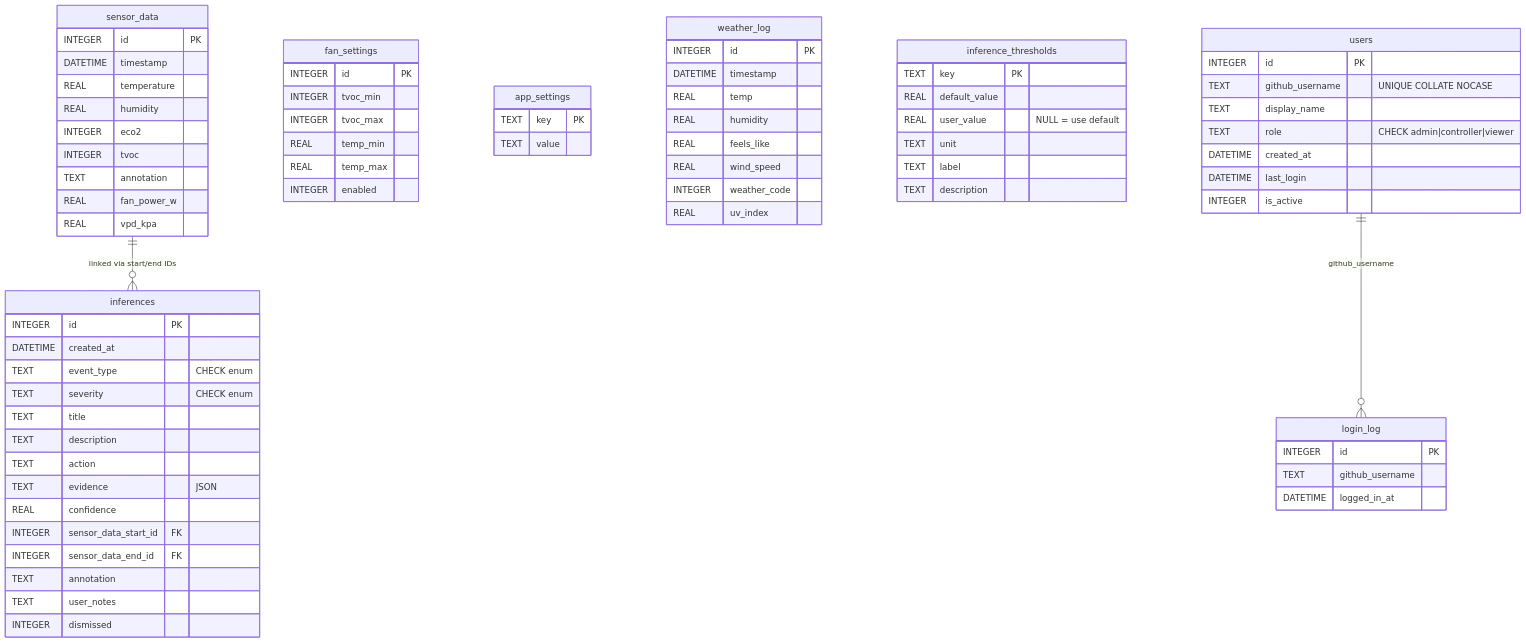
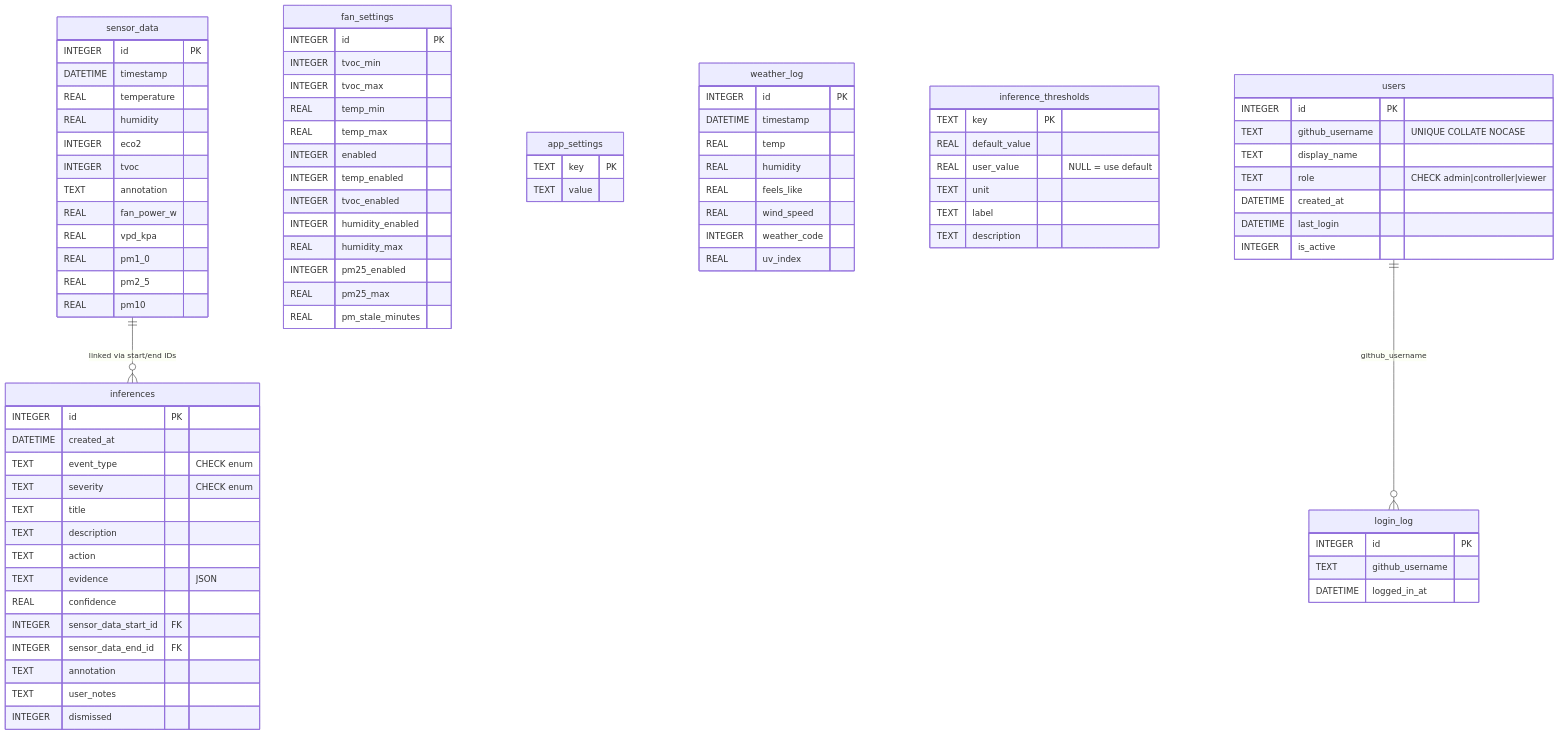
Before and after one commit to Ryan-be/mars-air-quility: the third of 5 diagrams in readme.md, drawn with Mermaid. The commit also changed other lines of this file and 26 other files, not shown here.

```diff
--- a/readme.md
+++ b/readme.md
@@ -231,6 +248,9 @@
         TEXT annotation
         REAL fan_power_w
         REAL vpd_kpa
+        REAL pm1_0
+        REAL pm2_5
+        REAL pm10
     }
 
     fan_settings {
@@ -240,6 +260,13 @@
         REAL temp_min
         REAL temp_max
         INTEGER enabled
+        INTEGER temp_enabled
+        INTEGER tvoc_enabled
+        INTEGER humidity_enabled
+        REAL humidity_max
+        INTEGER pm25_enabled
+        REAL pm25_max
+        REAL pm_stale_minutes
     }
 
     app_settings {
```
